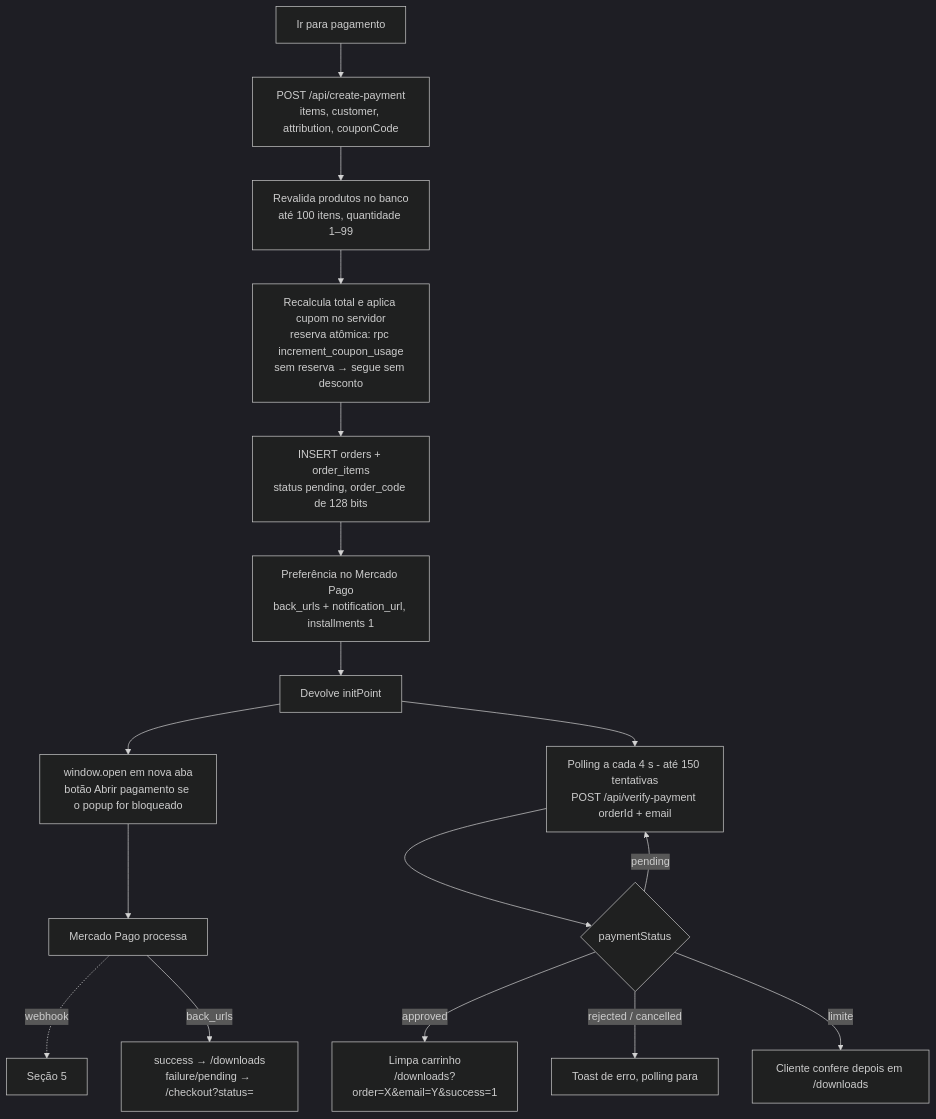
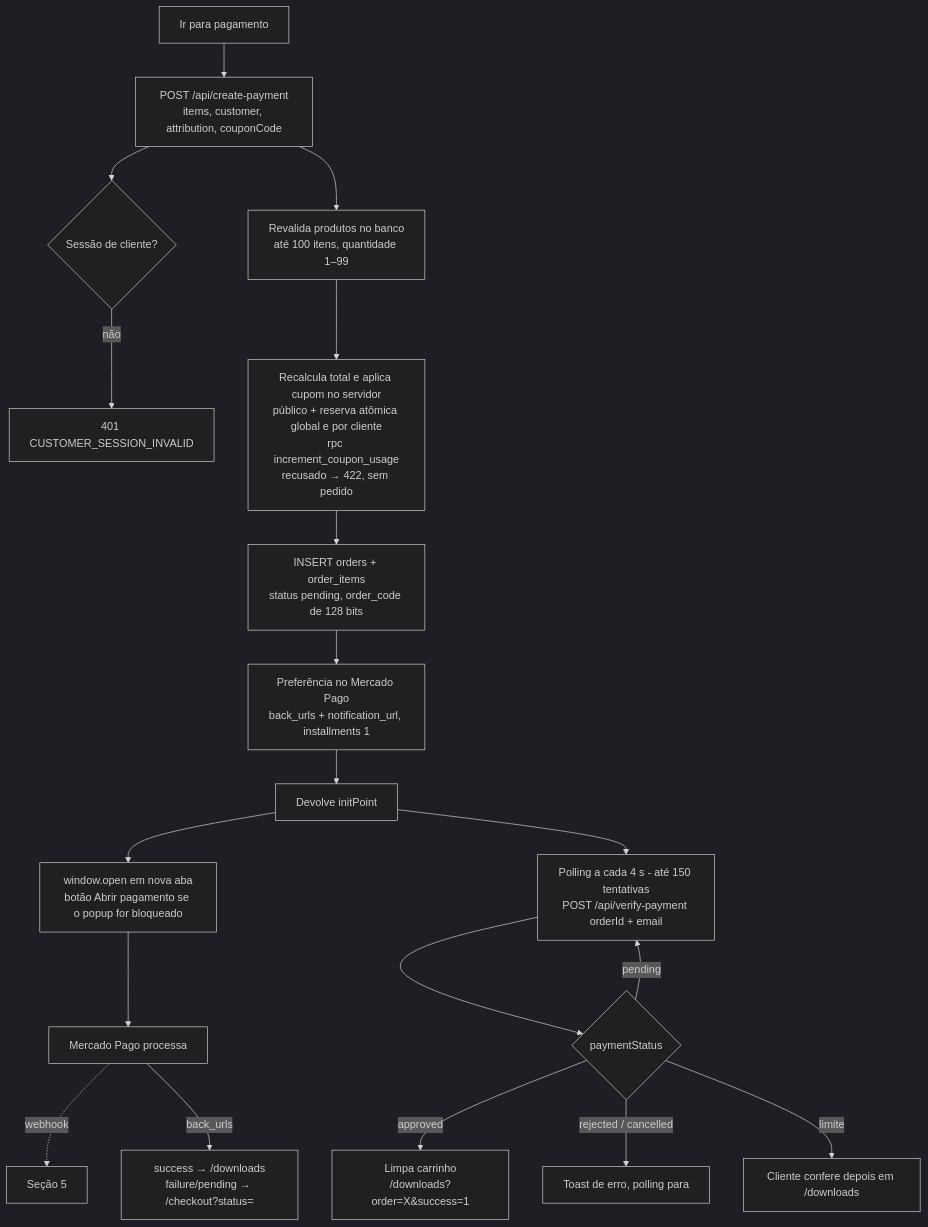
The fourth of 17 diagrams in docs/05-FLUXOS.md (JoaoLuisC/Atelie-escolar), drawn with Mermaid (dark theme) before and after one commit. The commit also changed other lines of this file and 95 other files, not shown here.

````diff
--- a/docs/05-FLUXOS.md
+++ b/docs/05-FLUXOS.md
@@ -117,21 +135,23 @@
 ```mermaid
 flowchart TD
     A[Ir para pagamento] --> B[POST /api/create-payment<br/>items, customer, attribution, couponCode]
     B --> B1[Revalida produtos no banco<br/>até 100 itens, quantidade 1–99]
-    B1 --> B2[Recalcula total e aplica cupom no servidor<br/>reserva atômica: rpc increment_coupon_usage<br/>sem reserva → segue sem desconto]
+    B --> B0{Sessão de cliente?}
+    B0 -->|não| B0X[401 CUSTOMER_SESSION_INVALID]
+    B1 --> B2[Recalcula total e aplica cupom no servidor<br/>público + reserva atômica global e por cliente<br/>rpc increment_coupon_usage<br/>recusado → 422, sem pedido]
     B2 --> B3[INSERT orders + order_items<br/>status pending, order_code de 128 bits]
     B3 --> B4[Preferência no Mercado Pago<br/>back_urls + notification_url, installments 1]
     B4 --> B5[Devolve initPoint]
 
     B5 --> C[window.open em nova aba<br/>botão Abrir pagamento se o popup for bloqueado]
     B5 --> D[Polling a cada 4 s - até 150 tentativas<br/>POST /api/verify-payment orderId + email]
     D --> D1{paymentStatus}
-    D1 -->|approved| E[Limpa carrinho<br/>/downloads?order=X&email=Y&success=1]
+    D1 -->|approved| E[Limpa carrinho<br/>/downloads?order=X&success=1]
     D1 -->|rejected / cancelled| F[Toast de erro, polling para]
     D1 -->|pending| D
     D1 -->|limite| G[Cliente confere depois em /downloads]
 
     C --> MP[Mercado Pago processa]
     MP -.->|webhook| W[Seção 5]
     MP -->|back_urls| H[success → /downloads<br/>failure/pending → /checkout?status=]
 ```
````
